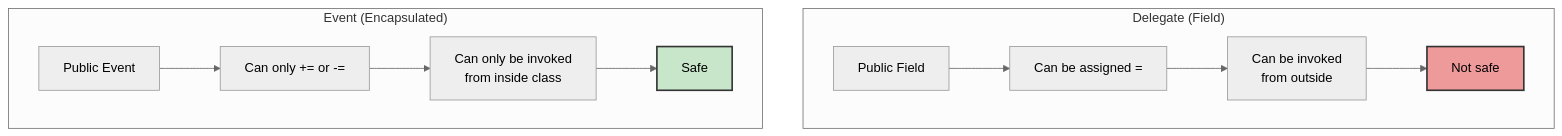
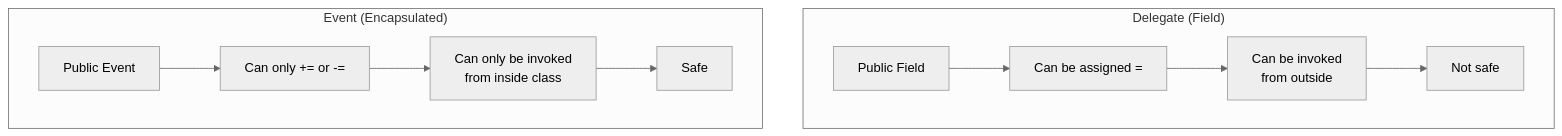
The seventh of 10 diagrams in C# fundamentals/day03-delegates-events.md (NguyenPhamCode4You/ai-home-lab-docker-compose), drawn with Mermaid (neutral theme) before and after one commit. The commit also changed other lines of this file, not shown here.

````diff
--- a/C# fundamentals/day03-delegates-events.md
+++ b/C# fundamentals/day03-delegates-events.md
@@ -563,17 +539,14 @@
 ```mermaid
 graph TB
     subgraph "Delegate (Field)"
         A1[Public Field] --> A2[Can be assigned =]
         A2 --> A3[Can be invoked<br/>from outside]
         A3 --> A4[Not safe]
     end
 
     subgraph "Event (Encapsulated)"
         B1[Public Event] --> B2[Can only += or -=]
         B2 --> B3[Can only be invoked<br/>from inside class]
         B3 --> B4[Safe]
     end
-
-    style A4 fill:#ef9a9a,stroke:#333,stroke-width:2px
-    style B4 fill:#c8e6c9,stroke:#333,stroke-width:2px
 ```
````
